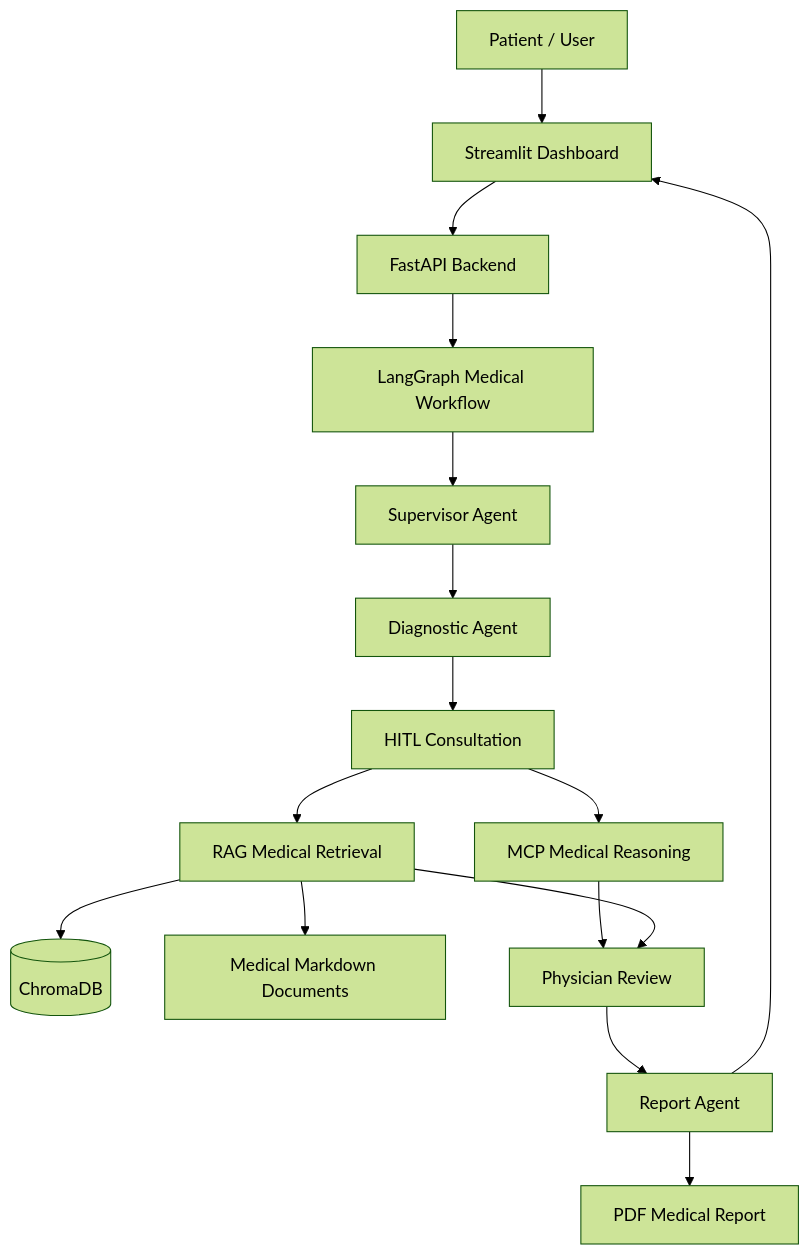
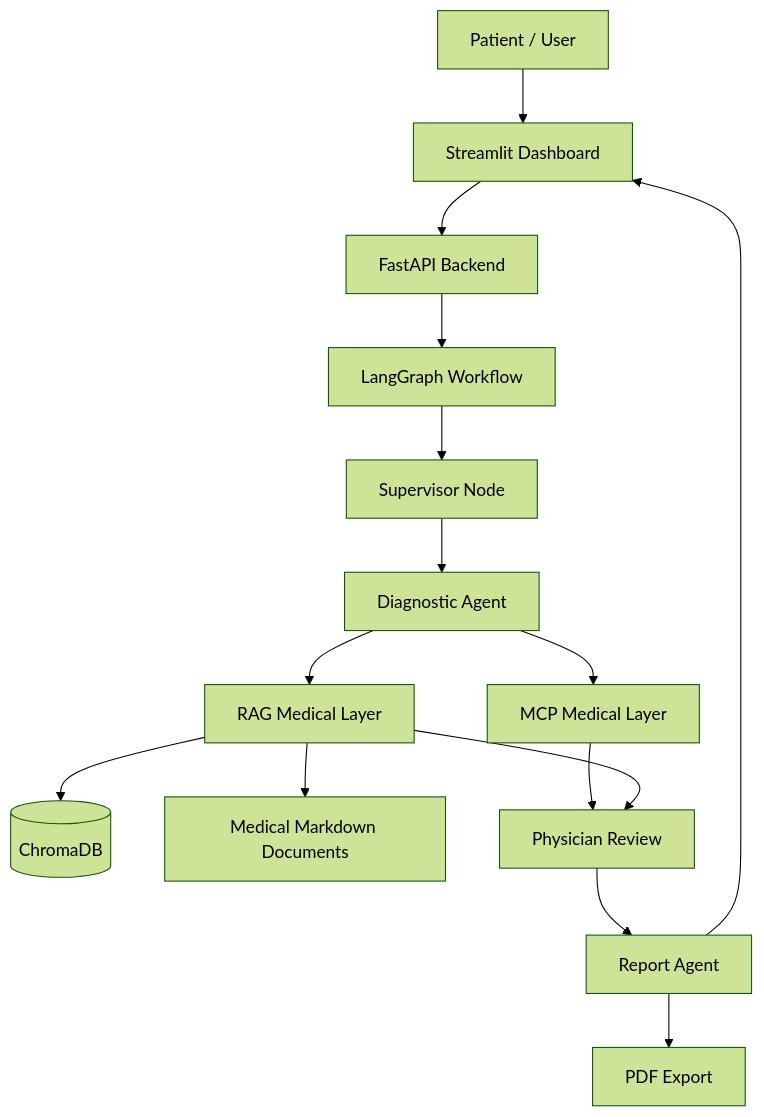
Before and after one commit to niema-n/Medical-multiagents: the diagram in README.md, drawn with Mermaid (forest theme). The commit also changed other lines of this file and 8 other files, not shown here.

Commit message:
feat: finalize medical multi-agent system

````diff
--- a/README.md
+++ b/README.md
@@ -61,19 +150,20 @@
 ```mermaid
 flowchart TD
-    Patient[Patient / User] --> Frontend[Streamlit Dashboard]
-    Frontend --> API[FastAPI Backend]
-    API --> Graph[LangGraph Medical Workflow]
+    Patient[Patient / User] --> Streamlit[Streamlit Dashboard]
+    Streamlit --> FastAPI[FastAPI Backend]
+    FastAPI --> LangGraph[LangGraph Workflow]
 
-    Graph --> Supervisor[Supervisor Agent]
+    LangGraph --> Supervisor[Supervisor Node]
     Supervisor --> Diagnostic[Diagnostic Agent]
-    Diagnostic --> HITL[HITL Consultation]
-    HITL --> MCP[MCP Medical Reasoning]
-    HITL --> RAG[RAG Medical Retrieval]
+    Diagnostic --> MCP[MCP Medical Layer]
+    Diagnostic --> RAG[RAG Medical Layer]
+
     RAG --> Chroma[(ChromaDB)]
     RAG --> Docs[Medical Markdown Documents]
+
     MCP --> Review[Physician Review]
     RAG --> Review
     Review --> Report[Report Agent]
-    Report --> PDF[PDF Medical Report]
-    Report --> Frontend
+    Report --> PDF[PDF Export]
+    Report --> Streamlit
 ```
````
